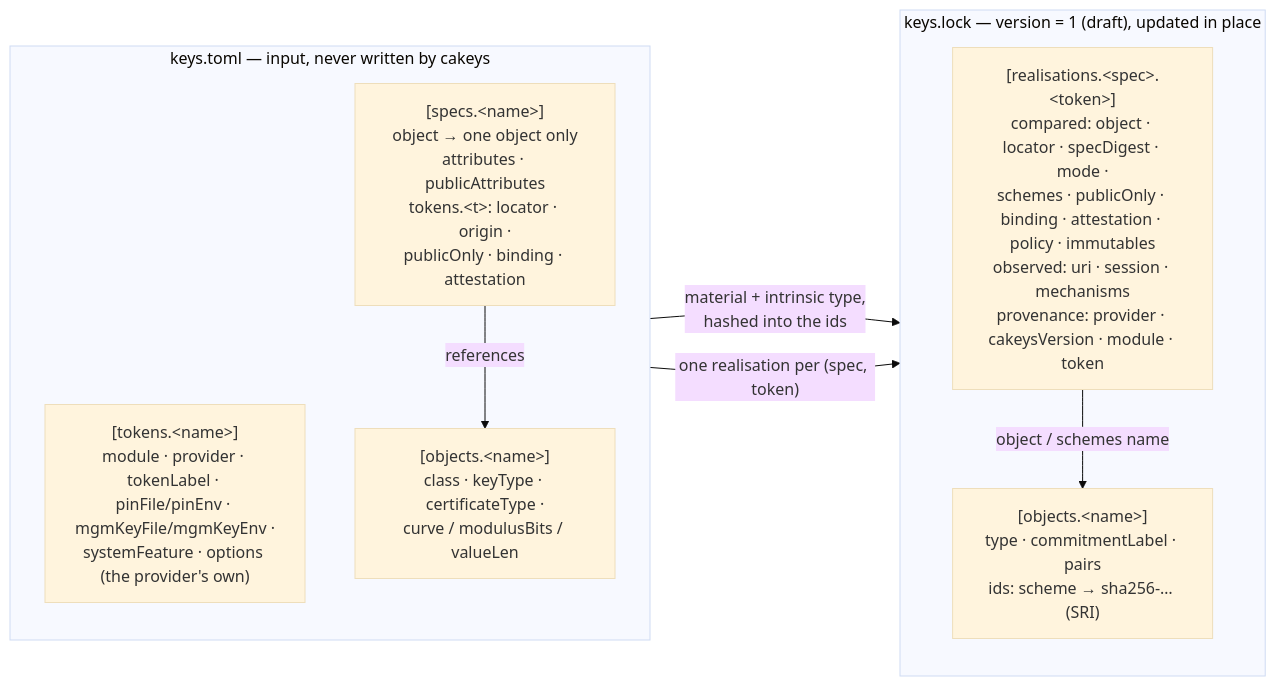
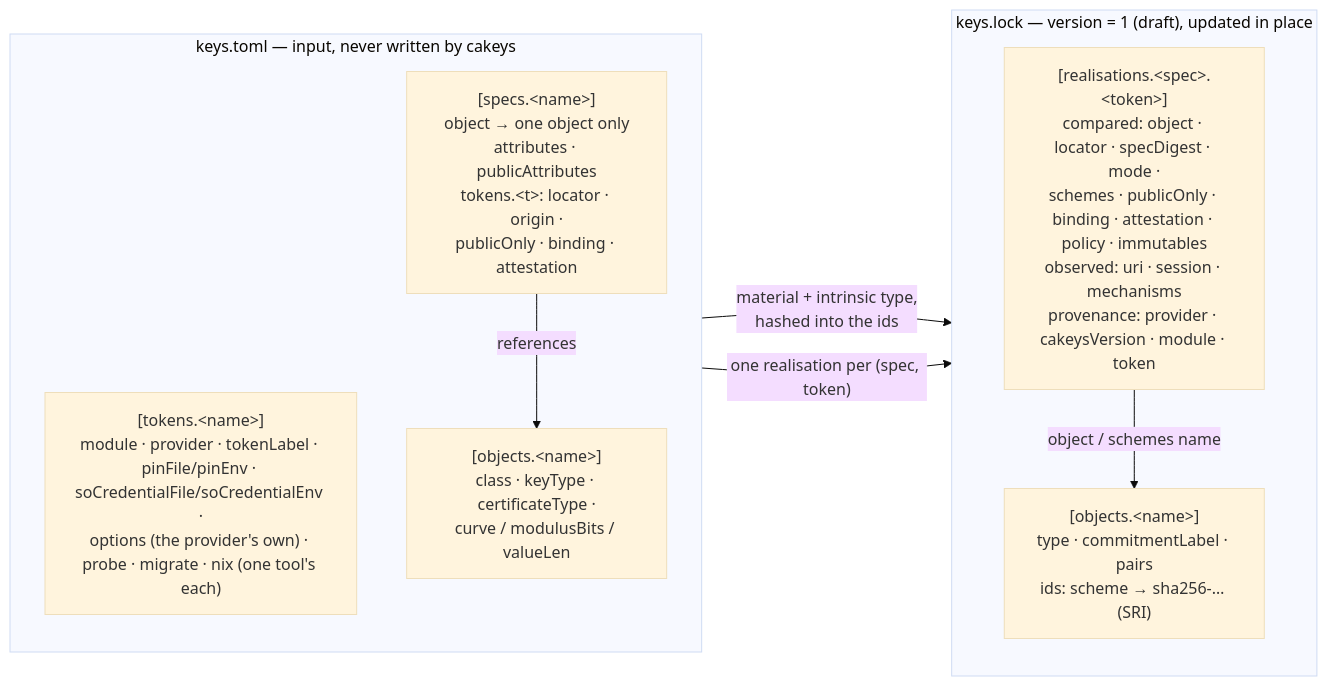
Before and after one commit to Princemachiavelli/cakeys: the first of 5 diagrams in docs/diagrams.md, drawn with Mermaid (base theme). The commit also changed 36 other files, not shown here.

First line of the commit message:
One tool's settings sit in that tool's table; soCredential* (review C3)

````diff
--- a/docs/diagrams.md
+++ b/docs/diagrams.md
@@ -12,20 +12,20 @@
 ```mermaid
 flowchart LR
     subgraph TOML["keys.toml — input, never written by cakeys"]
         direction TB
-        T["[tokens.&lt;name&gt;]<br/>module · provider · tokenLabel · pinFile/pinEnv · mgmKeyFile/mgmKeyEnv ·<br/>systemFeature · options (the provider's own)"]
+        T["[tokens.&lt;name&gt;]<br/>module · provider · tokenLabel · pinFile/pinEnv · soCredentialFile/soCredentialEnv ·<br/>options (the provider's own) · probe · migrate · nix (one tool's each)"]
         O["[objects.&lt;name&gt;]<br/>class · keyType · certificateType ·<br/>curve / modulusBits / valueLen"]
         S["[specs.&lt;name&gt;]<br/>object → one object only<br/>attributes · publicAttributes<br/>tokens.&lt;t&gt;: locator · origin ·<br/>publicOnly · binding · attestation"]
         S -- references --> O
     end
 
     subgraph LOCK["keys.lock — version = 1 (draft), updated in place"]
         direction TB
         LO["[objects.&lt;name&gt;]<br/>type · commitmentLabel · pairs<br/>ids: scheme → sha256-… (SRI)"]
         LR["[realisations.&lt;spec&gt;.&lt;token&gt;]<br/>compared: object · locator · specDigest · mode ·<br/>schemes · publicOnly · binding · attestation · policy · immutables<br/>observed: uri · session · mechanisms<br/>provenance: provider · cakeysVersion · module · token"]
         LR -- "object / schemes name" --> LO
     end
 
     O -- "material + intrinsic type,<br/>hashed into the ids" --> LO
     S -- "one realisation per (spec, token)" --> LR
 ```
````
